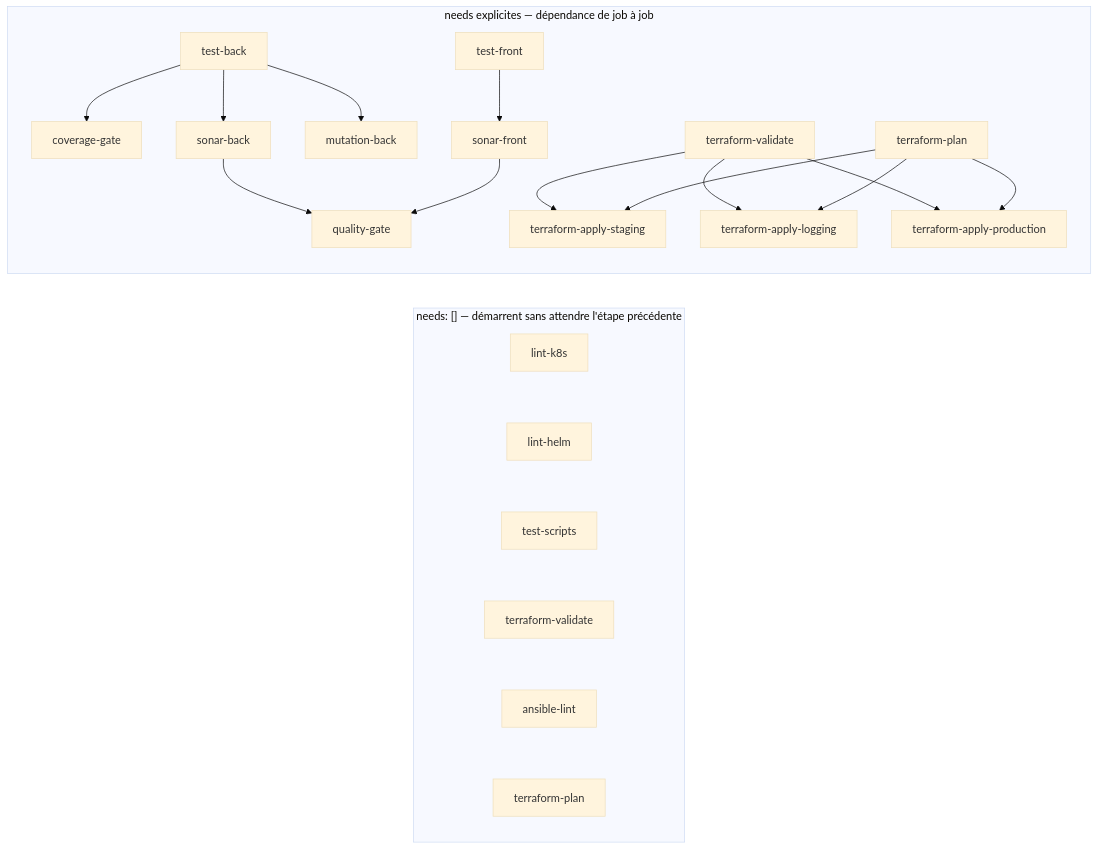
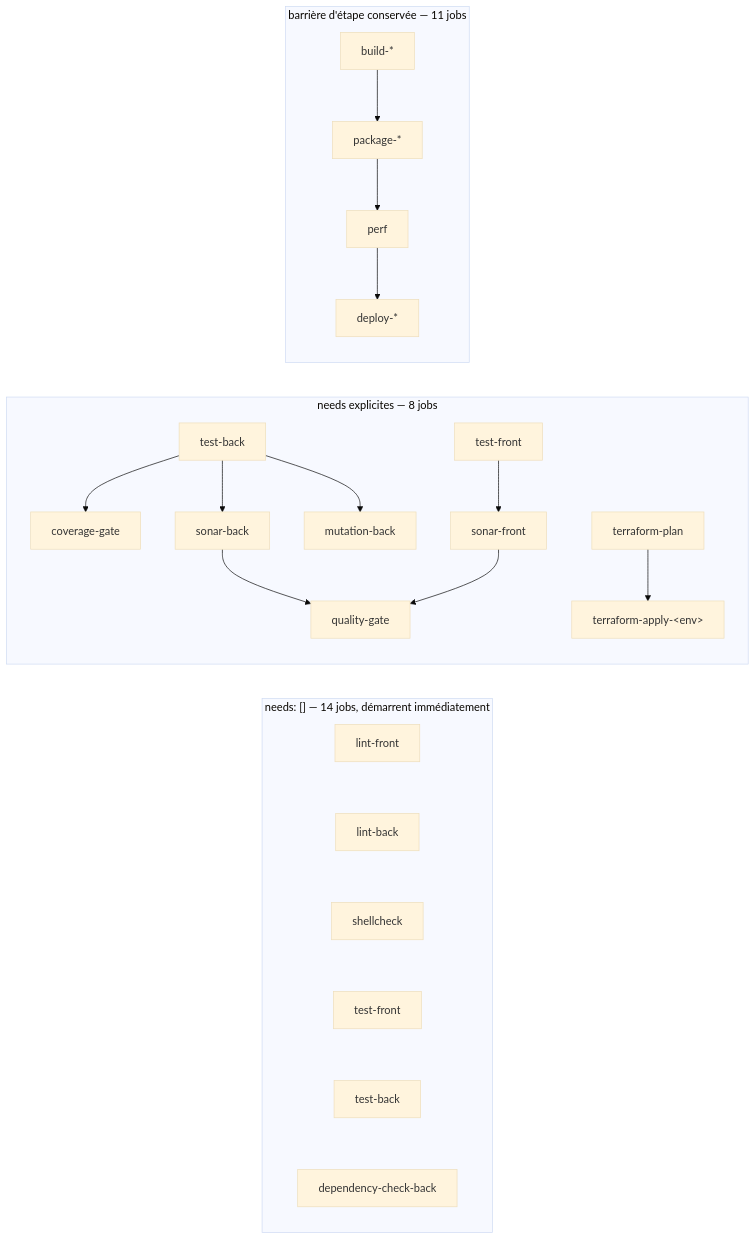
The second of 3 diagrams in docs/pipeline-ci.md (TedPasquiet/G-rez-le-cycle-de-vie-de-d-veloppement-logiciel), drawn with Mermaid (base theme) before and after one commit. The commit also changed other lines of this file and 22 other files, not shown here.

Commit message:
refactor(ci): découpe le pipeline en 13 fichiers et le passe en graphe

````diff
--- a/docs/pipeline-ci.md
+++ b/docs/pipeline-ci.md
@@ -60,20 +78,18 @@
 ```mermaid
 flowchart LR
-    subgraph A["needs: [] — démarrent sans attendre l'étape précédente"]
-        a1["lint-k8s"] ~~~ a2["lint-helm"] ~~~ a3["test-scripts"] ~~~ a4["terraform-validate"] ~~~ a5["ansible-lint"] ~~~ a6["terraform-plan"]
+    subgraph A["needs: [] — 14 jobs, démarrent immédiatement"]
+        a1["lint-front"] ~~~ a2["lint-back"] ~~~ a3["shellcheck"] ~~~ a4["test-front"] ~~~ a5["test-back"] ~~~ a6["dependency-check-back"]
     end
-    subgraph B["needs explicites — dépendance de job à job"]
+    subgraph B["needs explicites — 8 jobs"]
         tb["test-back"] --> cg["coverage-gate"]
         tb --> sb["sonar-back"]
         tb --> mb["mutation-back"]
         tf["test-front"] --> sf["sonar-front"]
         sb --> qg["quality-gate"]
         sf --> qg
-        tval["terraform-validate"] --> tas["terraform-apply-staging"]
-        tval --> tal["terraform-apply-logging"]
-        tval --> tap["terraform-apply-production"]
-        tpl["terraform-plan"] --> tas
-        tpl --> tal
-        tpl --> tap
+        tpl["terraform-plan"] --> tap["terraform-apply-&lt;env&gt;"]
+    end
+    subgraph C["barrière d'étape conservée — 11 jobs"]
+        bu["build-*"] --> pk["package-*"] --> pf["perf"] --> dp["deploy-*"]
     end
 ```
````
